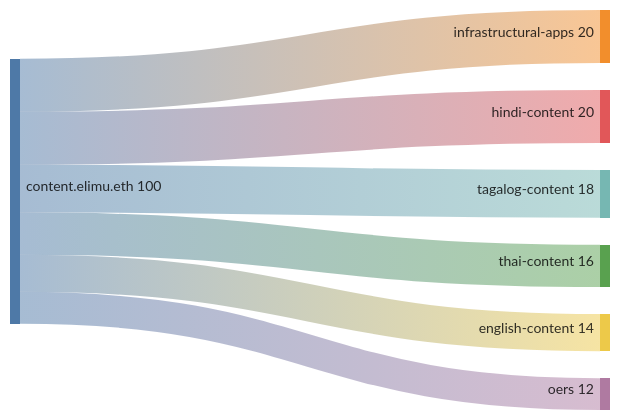
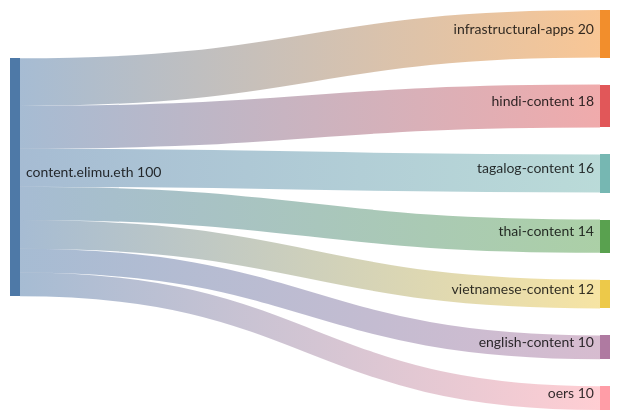
Before and after one commit to elimu-ai/web3-wiki: the first of 3 diagrams in DRIP_LIST_FUNDING_SPLITS.md, drawn with Mermaid. The commit also changed other lines of this file, not shown here.

Commit message:
chore: add vietnamese drip list
#66

````diff
--- a/DRIP_LIST_FUNDING_SPLITS.md
+++ b/DRIP_LIST_FUNDING_SPLITS.md
@@ -22,11 +22,12 @@
 ```mermaid
 sankey-beta
 
 %% source,target,value
 content.elimu.eth,infrastructural-apps,20.00
-content.elimu.eth,hindi-content,20.00
-content.elimu.eth,tagalog-content,18.00
-content.elimu.eth,thai-content,16.00
-content.elimu.eth,english-content,14.00
-content.elimu.eth,oers,12.00
+content.elimu.eth,hindi-content,18.00
+content.elimu.eth,tagalog-content,16.00
+content.elimu.eth,thai-content,14.00
+content.elimu.eth,vietnamese-content,12.00
+content.elimu.eth,english-content,10.00
+content.elimu.eth,oers,10.00
 ```
````
